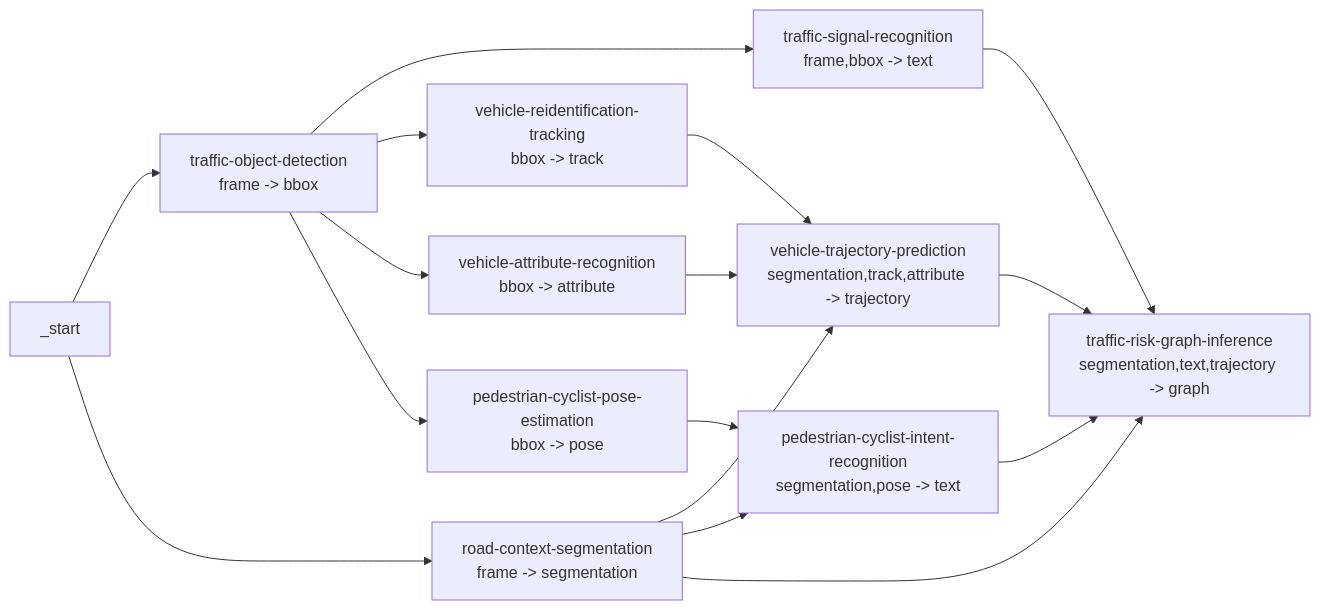
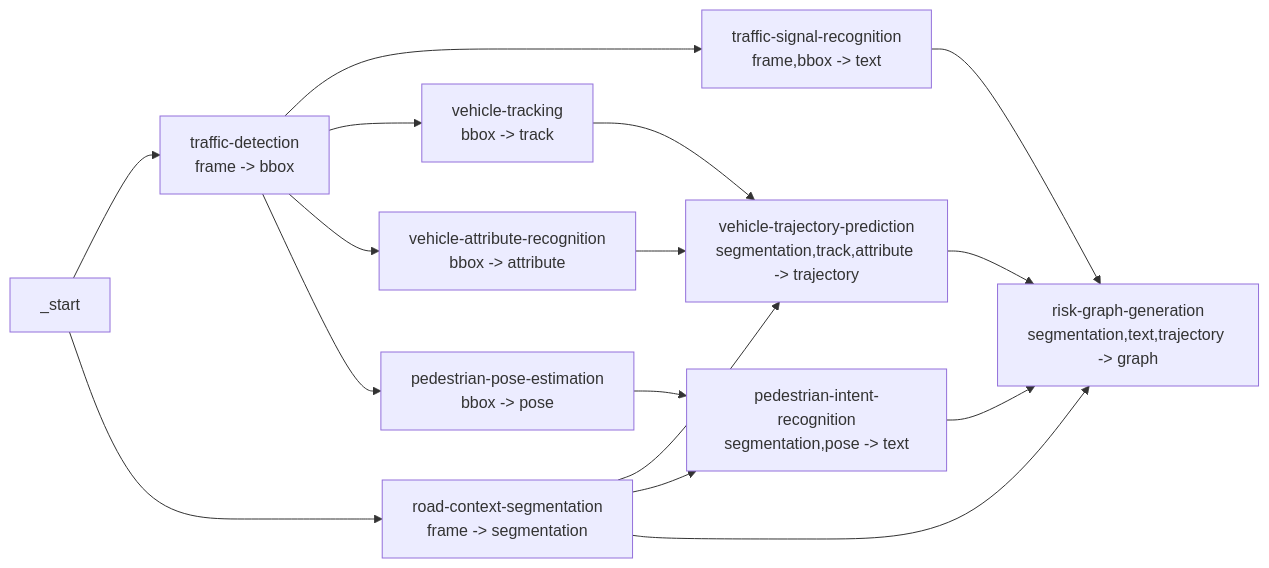
Before and after one commit to dayu-autostreamer/dayu: the diagram in docs/configuration/structured-traffic-services.md, drawn with Mermaid. The commit also changed other lines of this file and 104 other files, not shown here.

````diff
--- a/docs/configuration/structured-traffic-services.md
+++ b/docs/configuration/structured-traffic-services.md
@@ -111,29 +111,29 @@
 ```mermaid
 flowchart LR
     Start["_start"]
-    T1["traffic-object-detection\nframe -> bbox"]
+    T1["traffic-detection\nframe -> bbox"]
     T2["road-context-segmentation\nframe -> segmentation"]
     T3["traffic-signal-recognition\nframe,bbox -> text"]
-    T4["vehicle-reidentification-tracking\nbbox -> track"]
+    T4["vehicle-tracking\nbbox -> track"]
     T5["vehicle-attribute-recognition\nbbox -> attribute"]
     T6["vehicle-trajectory-prediction\nsegmentation,track,attribute -> trajectory"]
-    T7["pedestrian-cyclist-pose-estimation\nbbox -> pose"]
-    T8["pedestrian-cyclist-intent-recognition\nsegmentation,pose -> text"]
-    T9["traffic-risk-graph-inference\nsegmentation,text,trajectory -> graph"]
+    T7["pedestrian-pose-estimation\nbbox -> pose"]
+    T8["pedestrian-intent-recognition\nsegmentation,pose -> text"]
+    T9["risk-graph-generation\nsegmentation,text,trajectory -> graph"]
 
     Start --> T1
     Start --> T2
     T1 --> T3
     T1 --> T4
     T1 --> T5
     T1 --> T7
     T2 --> T6
     T2 --> T8
     T2 --> T9
     T3 --> T9
     T4 --> T6
     T5 --> T6
     T6 --> T9
     T7 --> T8
     T8 --> T9
 ```
````
